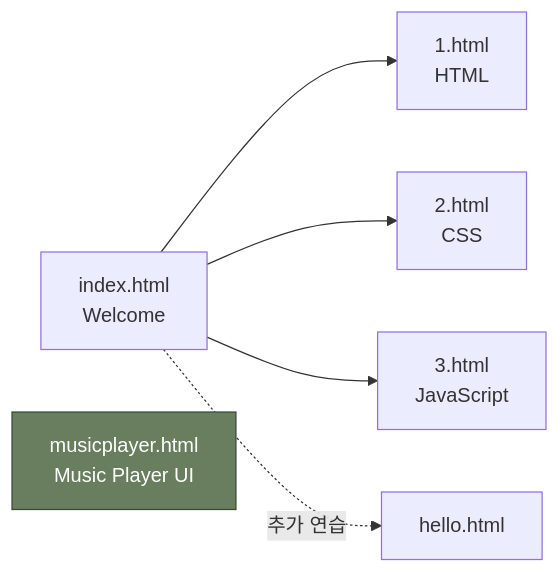
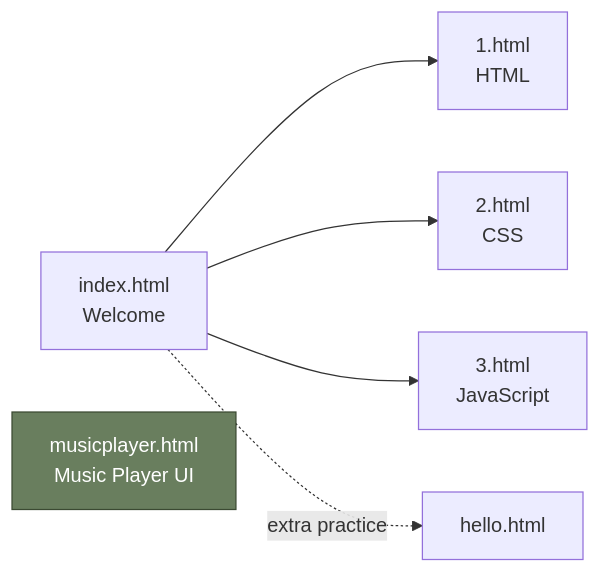
One commit to mrpc2003/koss_1 changed the diagram in README.md. Above: the diagram before and after it, drawn with Mermaid. The commit also changed other lines of this file and 1 other file, not shown here.

````diff
--- a/README.md
+++ b/README.md
@@ -149,10 +75,10 @@
 ```mermaid
 flowchart LR
     A[index.html<br/>Welcome] --> B[1.html<br/>HTML]
     A --> C[2.html<br/>CSS]
     A --> D[3.html<br/>JavaScript]
-    A -. 추가 연습 .-> E[hello.html]
-    M[musicplayer.html<br/>Music Player UI]:::sep
+    A -. extra practice .-> E[hello.html]
+    M[musicplayer.html<br/>Music Player UI]:::standalone
 
-    classDef sep fill:#697e5e,stroke:#3b4a32,color:#fff;
+    classDef standalone fill:#697e5e,stroke:#3b4a32,color:#fff;
 ```
````
